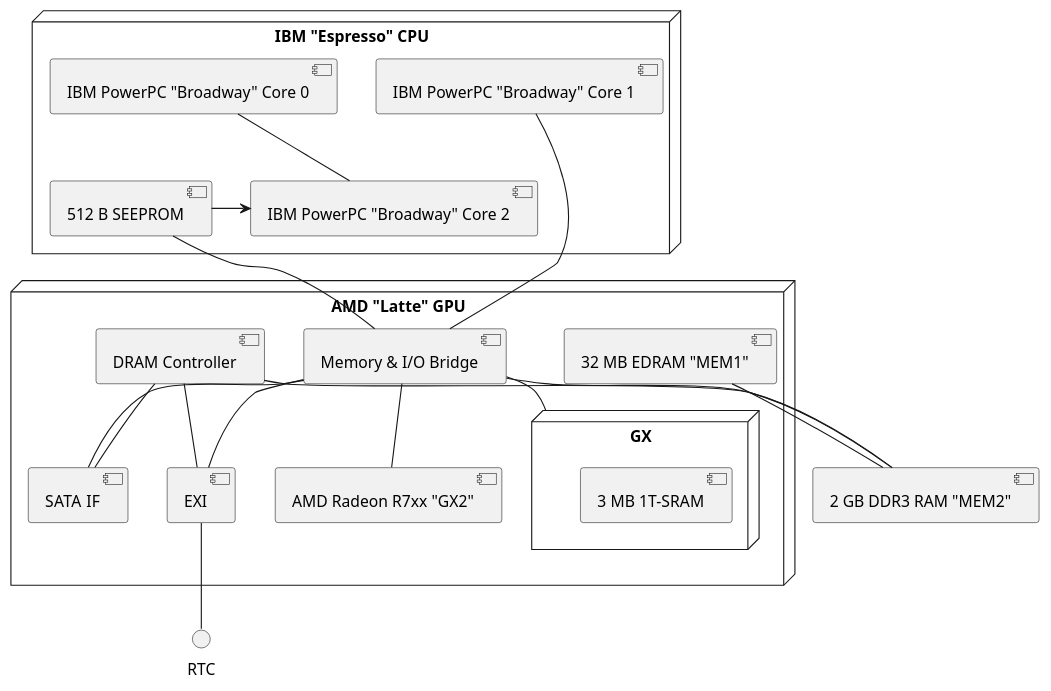
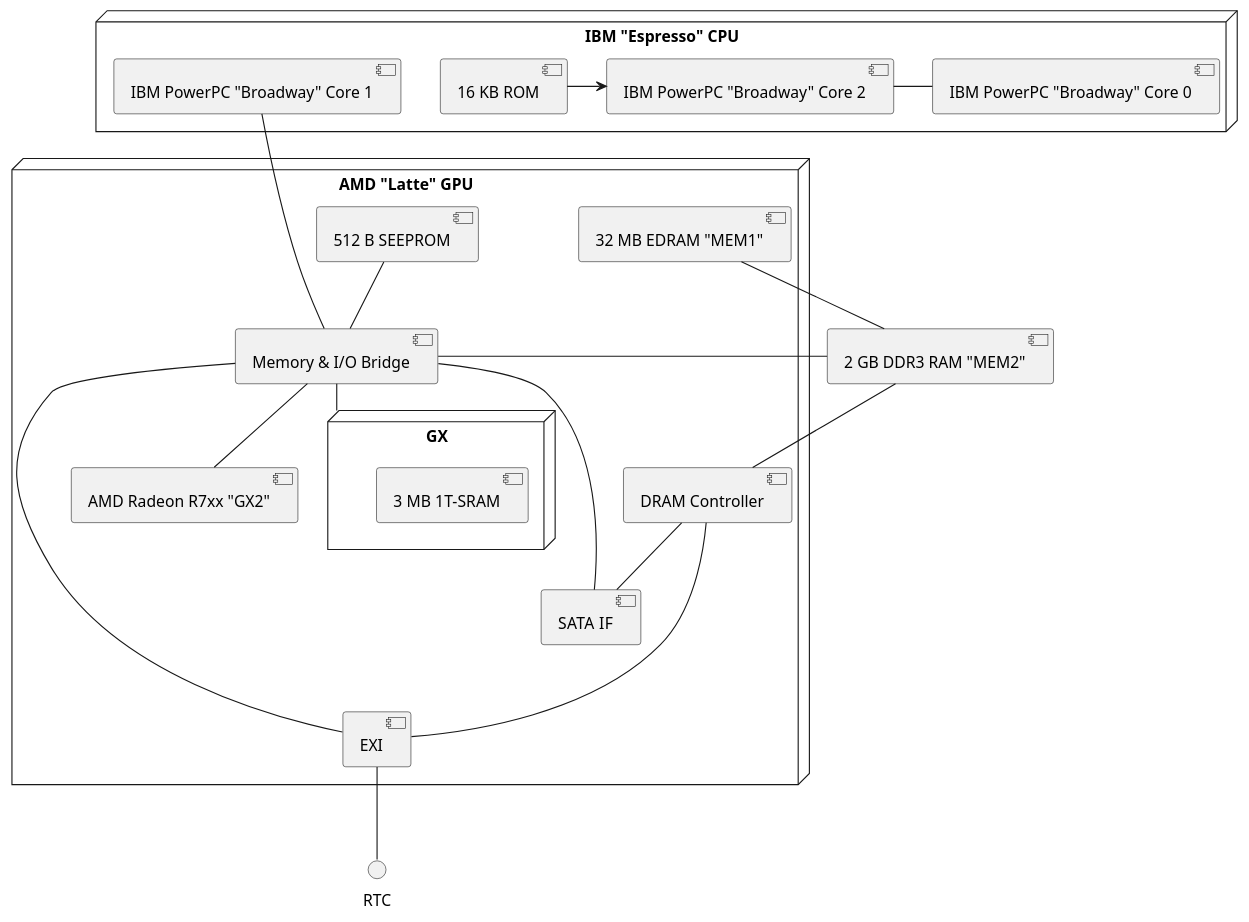
The diagram in src/examples/10_wiiu/syntax/plantuml.puml (terrastruct/text-to-diagram-site), drawn with PlantUML before and after one commit.

Commit message:
Update plantuml 10_wiiu example
There was an issue caused by the alias `rom` being used for two separate elements. Fixed by renaming the second element to `prom`.

Another issue was that all arrows were `--` which means up/down to PlantUML. This was fixed by changing some arrows to `-` (meaning left/right).

Finally, some arrows were made longer (`---`) to give elements more space to be pointed to. This avoids links crossing.

```diff
--- a/src/examples/10_wiiu/syntax/plantuml.puml
+++ b/src/examples/10_wiiu/syntax/plantuml.puml
@@ -1,52 +1,52 @@
 @startuml
 
 node "IBM "Espresso" CPU" as ibm {
   [IBM PowerPC "Broadway" Core 0] as core0
   [IBM PowerPC "Broadway" Core 1] as core1
   [IBM PowerPC "Broadway" Core 2] as core2
 
   [16 KB ROM] as rom
 
-  core0 -- core2
+  core2 - core0
 
   rom -> core2
 }
 
 node "AMD "Latte" GPU" as amd {
   [Memory & I/O Bridge] as mem
   [DRAM Controller] as dram
   [32 MB EDRAM "MEM1"] as edram
-  [512 B SEEPROM] as rom
+  [512 B SEEPROM] as prom
 
   [SATA IF] as sata
   [EXI] as exi
 
   node "GX" as gx {
     [3 MB 1T-SRAM]
   }
 
   [AMD Radeon R7xx "GX2"] as radeon
 
   mem -- gx
   mem -- radeon
 
-  rom -- mem
+  prom -- mem
 
-  mem -- sata
-  mem -- exi
+  mem --- sata
+  mem ---- exi
 
   dram -- sata
   dram -- exi
 }
 
 [2 GB DDR3 RAM "MEM2"] as ddr3
 
-mem -- ddr3
+mem -u- ddr3
 dram -- ddr3
 edram -- ddr3
 
-core1 -- mem
+core1 --- mem
 
 exi -- RTC
 
 @enduml
```
